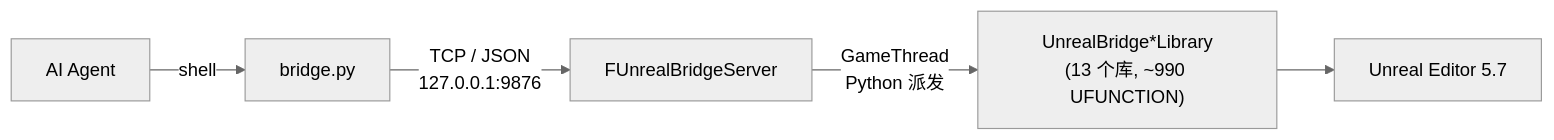
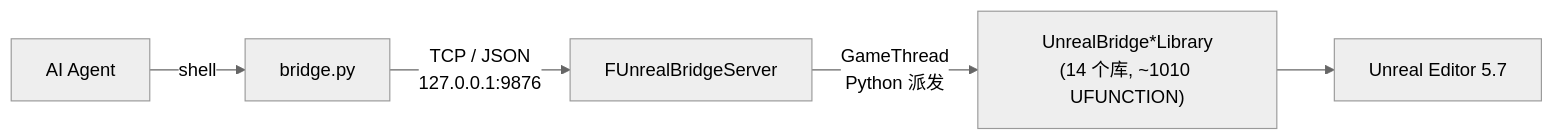
One commit to TornLux/UnrealBridge changed the diagram in README.zh-CN.md. Above: the diagram before and after it, drawn with Mermaid (neutral theme). The commit also changed other lines of this file and 4 other files, not shown here.

First line of the commit message:
feat(curve): UnrealBridgeCurveLibrary — curve + curve-table read/write (D2)

````diff
--- a/README.zh-CN.md
+++ b/README.zh-CN.md
@@ -31,13 +31,13 @@
 ```mermaid
 flowchart LR
     Agent["AI Agent"]
     CLI["bridge.py"]
     Server["FUnrealBridgeServer"]
-    Libs["UnrealBridge*Library<br/>(13 个库, ~990 UFUNCTION)"]
+    Libs["UnrealBridge*Library<br/>(14 个库, ~1010 UFUNCTION)"]
     UE["Unreal Editor 5.7"]
 
     Agent -- "shell" --> CLI
     CLI -- "TCP / JSON<br/>127.0.0.1:9876" --> Server
     Server -- "GameThread<br/>Python 派发" --> Libs
     Libs --> UE
 ```
````
